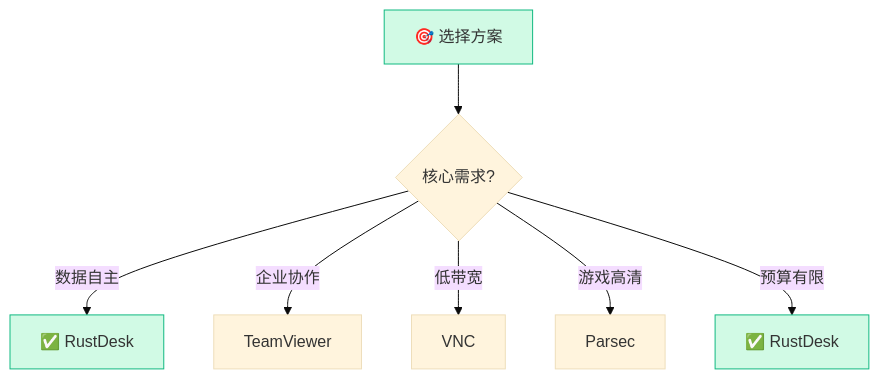
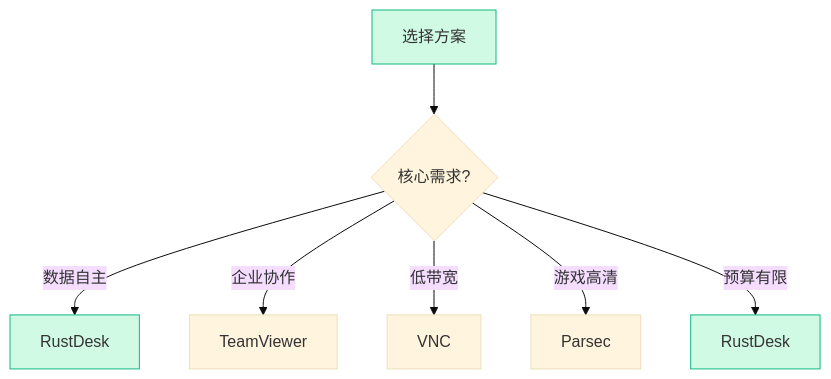
Before and after one commit to A1pha3/text-matrix: the seventh of 7 diagrams in content/posts/tech/rustdesk-open-source-remote-desktop.md, drawn with Mermaid (base theme). The commit also changed other lines of this file and 4 other files, not shown here.

````diff
--- a/content/posts/tech/rustdesk-open-source-remote-desktop.md
+++ b/content/posts/tech/rustdesk-open-source-remote-desktop.md
@@ -478,12 +577,12 @@
 ```mermaid
 flowchart TD
-    START["🎯 选择方案"] --> Q1{核心需求?}
-    Q1 -->|数据自主| RUST[✅ RustDesk]
+    START["选择方案"] --> Q1{核心需求?}
+    Q1 -->|数据自主| RUST["RustDesk"]
     Q1 -->|企业协作| ENT[TeamViewer]
     Q1 -->|低带宽| VNC[VNC]
     Q1 -->|游戏高清| PARSEC[Parsec]
-    Q1 -->|预算有限| FREE[✅ RustDesk]
+    Q1 -->|预算有限| FREE["RustDesk"]
     style START fill:#d1fae5,stroke:#10b981
     style RUST fill:#d1fae5,stroke:#10b981
     style FREE fill:#d1fae5,stroke:#10b981
 ```
````
